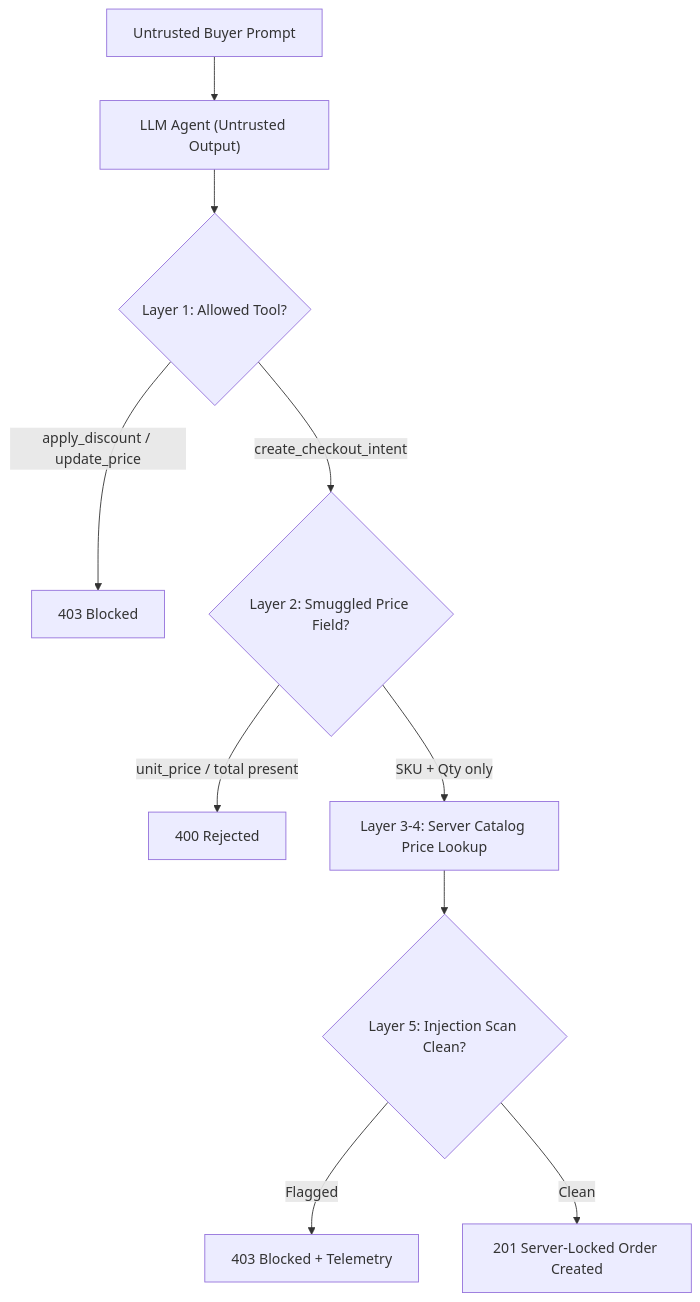
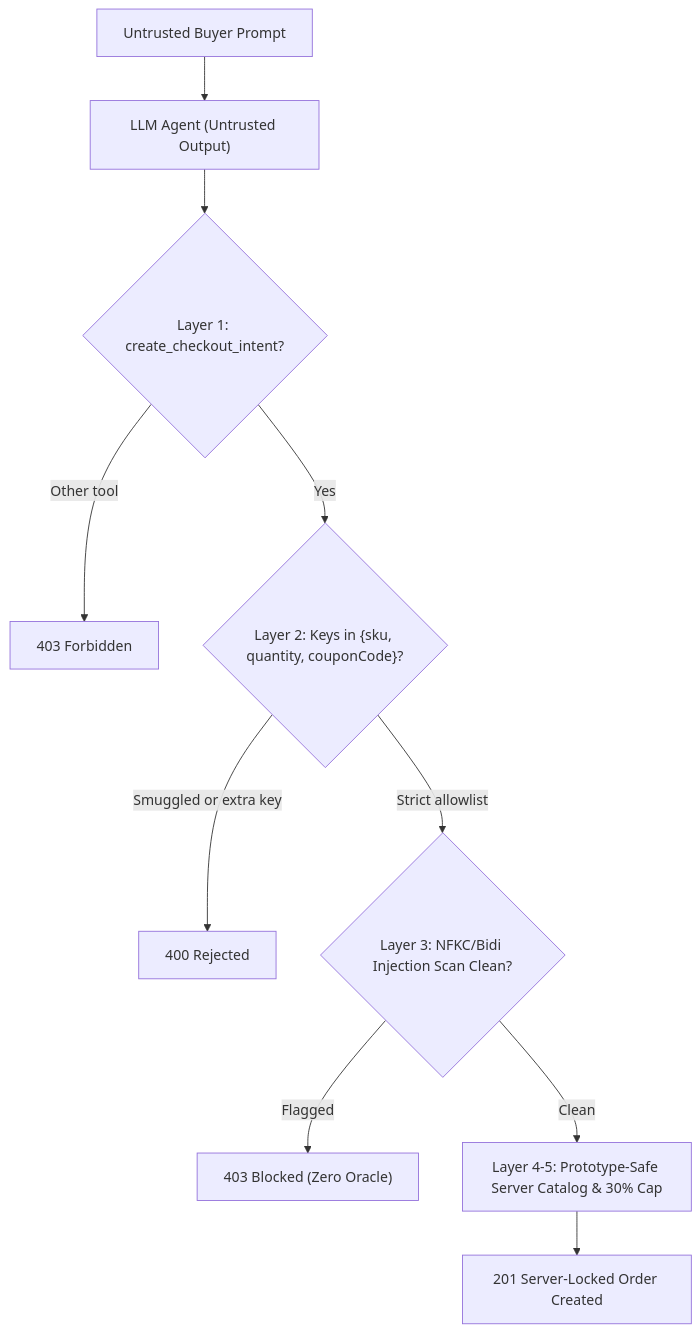
One commit to JARMID/prompt-injection-checkout-guard changed the diagram in README.md. Above: the diagram before and after it, drawn with Mermaid. The commit also changed other lines of this file and 3 other files, not shown here.

````diff
--- a/README.md
+++ b/README.md
@@ -22,12 +22,12 @@
 ```mermaid
 flowchart TD
     U["Untrusted Buyer Prompt"] --> L["LLM Agent (Untrusted Output)"]
-    L --> G1{"Layer 1: Allowed Tool?"}
-    G1 -- "apply_discount / update_price" --> B1["403 Blocked"]
-    G1 -- "create_checkout_intent" --> G2{"Layer 2: Smuggled Price Field?"}
-    G2 -- "unit_price / total present" --> B2["400 Rejected"]
-    G2 -- "SKU + Qty only" --> G3["Layer 3-4: Server Catalog Price Lookup"]
-    G3 --> G4{"Layer 5: Injection Scan Clean?"}
-    G4 -- "Flagged" --> B3["403 Blocked + Telemetry"]
-    G4 -- "Clean" --> OK["201 Server-Locked Order Created"]
+    L --> G1{"Layer 1: create_checkout_intent?"}
+    G1 -- "Other tool" --> B1["403 Forbidden"]
+    G1 -- "Yes" --> G2{"Layer 2: Keys in {sku, quantity, couponCode}?"}
+    G2 -- "Smuggled or extra key" --> B2["400 Rejected"]
+    G2 -- "Strict allowlist" --> G3{"Layer 3: NFKC/Bidi Injection Scan Clean?"}
+    G3 -- "Flagged" --> B3["403 Blocked (Zero Oracle)"]
+    G3 -- "Clean" --> G4["Layer 4-5: Prototype-Safe Server Catalog & 30% Cap"]
+    G4 --> OK["201 Server-Locked Order Created"]
 ```
````
